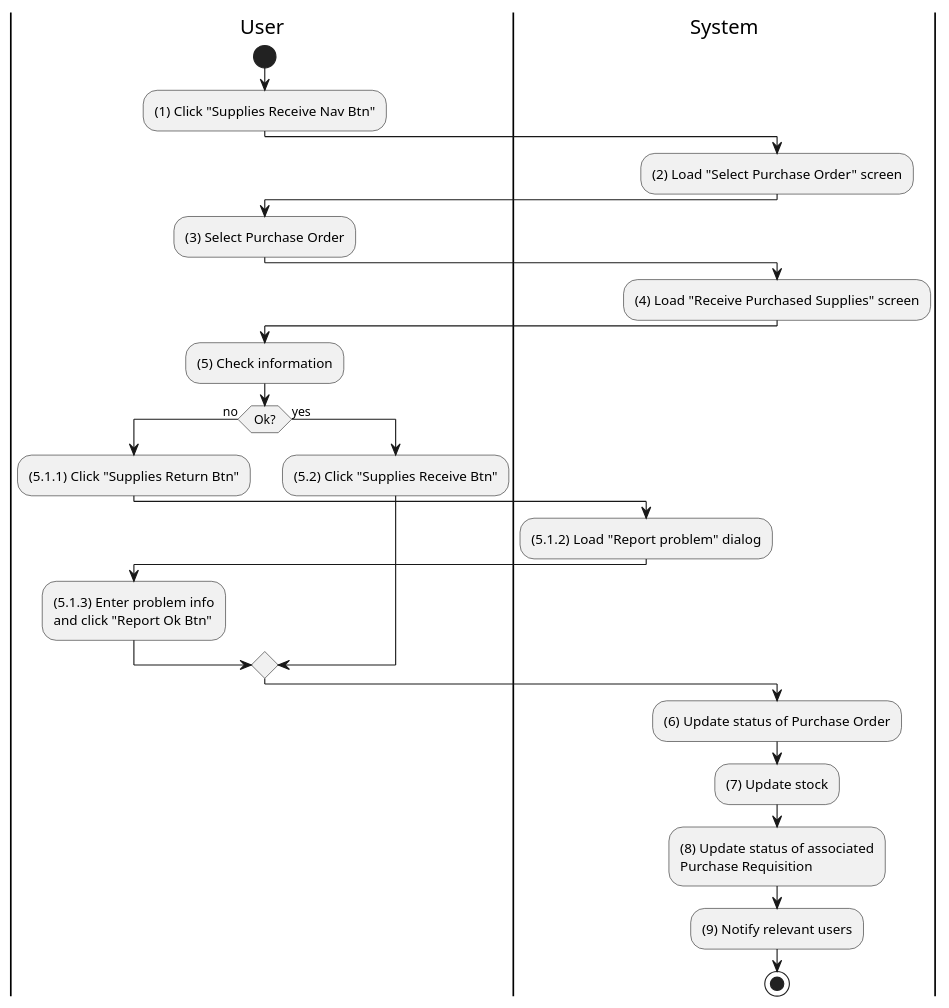
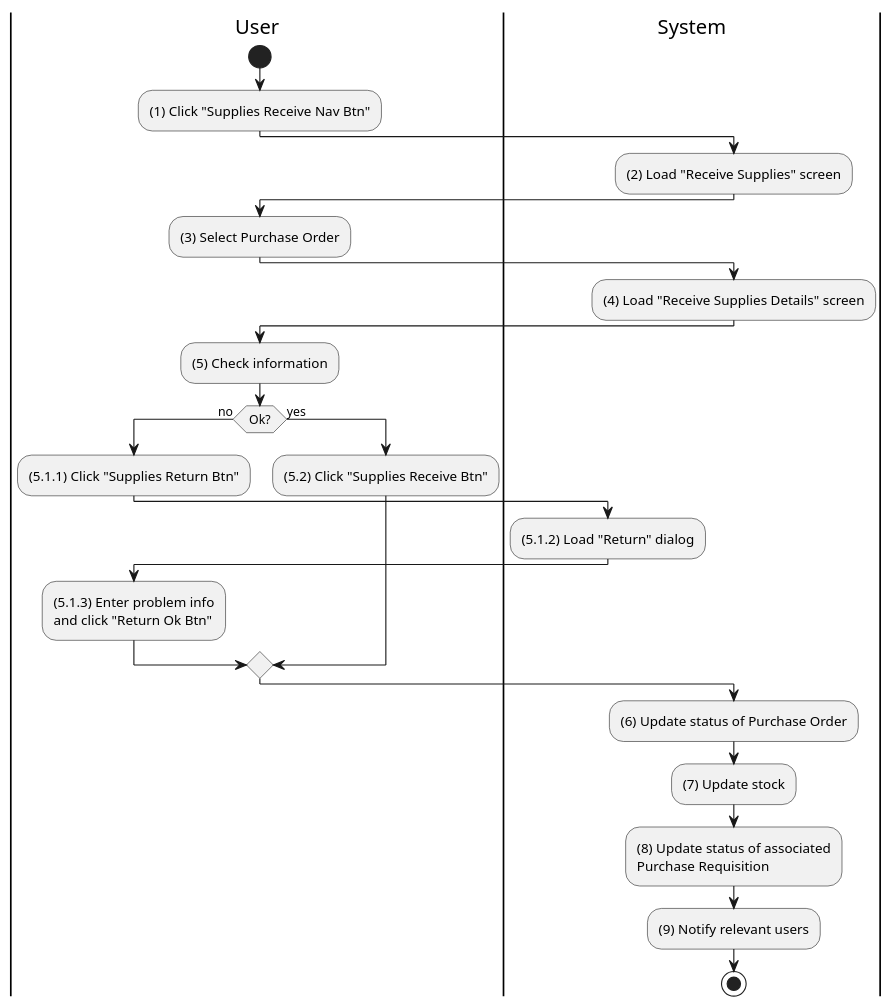
Before and after one commit to phihungha/scmss-reqs: the diagram in activities/inventory-supply-receive.plantuml, drawn with PlantUML. The commit also changed 15 other files, not shown here.

```diff
--- a/activities/inventory-supply-receive.plantuml
+++ b/activities/inventory-supply-receive.plantuml
@@ -1,41 +1,41 @@
 @startuml inventory-supply-receive
 |u|User
 |s|System
 
 |u|
 start
 :(1) Click "Supplies Receive Nav Btn";
 
 |s|
-:(2) Load "Select Purchase Order" screen;
+:(2) Load "Receive Supplies" screen;
 
 |u|
 :(3) Select Purchase Order;
 
 |s|
-:(4) Load "Receive Purchased Supplies" screen;
+:(4) Load "Receive Supplies Details" screen;
 
 |u|
 :(5) Check information;
 
 if (Ok?) then (no)
     |u|
     :(5.1.1) Click "Supplies Return Btn";
 
     |s|
-    :(5.1.2) Load "Report problem" dialog;
+    :(5.1.2) Load "Return" dialog;
 
     |u|
-    :(5.1.3) Enter problem info\nand click "Report Ok Btn";
+    :(5.1.3) Enter problem info\nand click "Return Ok Btn";
 else (yes)
     |u|
     :(5.2) Click "Supplies Receive Btn";
 endif
 
 |s|
 :(6) Update status of Purchase Order;
 :(7) Update stock;
 :(8) Update status of associated\nPurchase Requisition;
 :(9) Notify relevant users;
 stop
 @enduml
```
